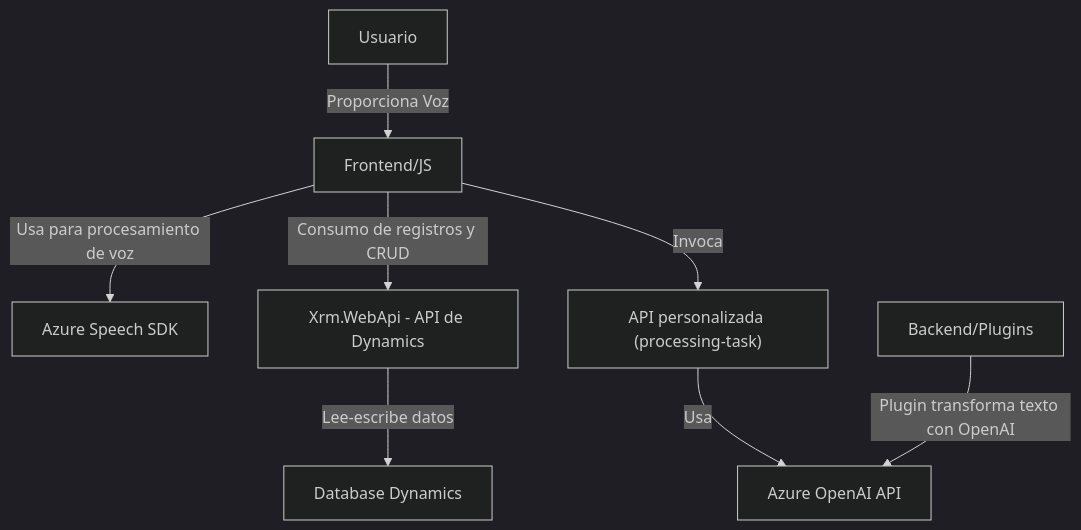
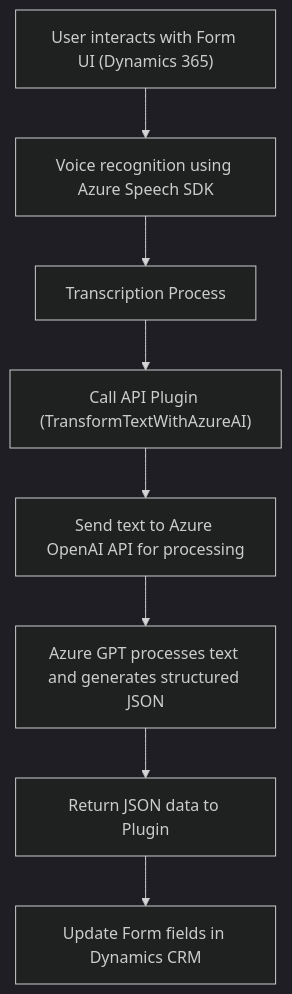
The diagram in README.md (blopezdm/NETCORE_BILBAO2025), drawn with Mermaid (dark theme) before and after one commit. The commit also changed other lines of this file, not shown here.

Commit message:
Actualizar análisis global de la solución con IA

````diff
--- a/README.md
+++ b/README.md
@@ -36,18 +38,10 @@
 ```mermaid
 graph TD
-    A["Usuario"]
-    B["Frontend/JS"]
-    C["Azure Speech SDK"]
-    D["Xrm.WebApi - API de Dynamics"]
-    E["Backend/Plugins"]
-    F["API personalizada (processing-task)"]
-    G["Azure OpenAI API"]
-    H["Database Dynamics"]
-    A -->|Proporciona Voz| B
-    B -->|Usa para procesamiento de voz| C
-    B -->|Consumo de registros y CRUD| D
-    B -->|Invoca| F
-    F -->|Usa| G
-    E -->|Plugin transforma texto con OpenAI| G
-    D -->|Lee-escribe datos| H
+    A["User interacts with Form UI (Dynamics 365)"] --> B["Voice recognition using Azure Speech SDK"]
+    B --> C["Transcription Process"]
+    C --> D["Call API Plugin (TransformTextWithAzureAI)"]
+    D --> E["Send text to Azure OpenAI API for processing"]
+    E --> F["Azure GPT processes text and generates structured JSON"]
+    F --> G["Return JSON data to Plugin"]
+    G --> H["Update Form fields in Dynamics CRM"]
 ```
````
